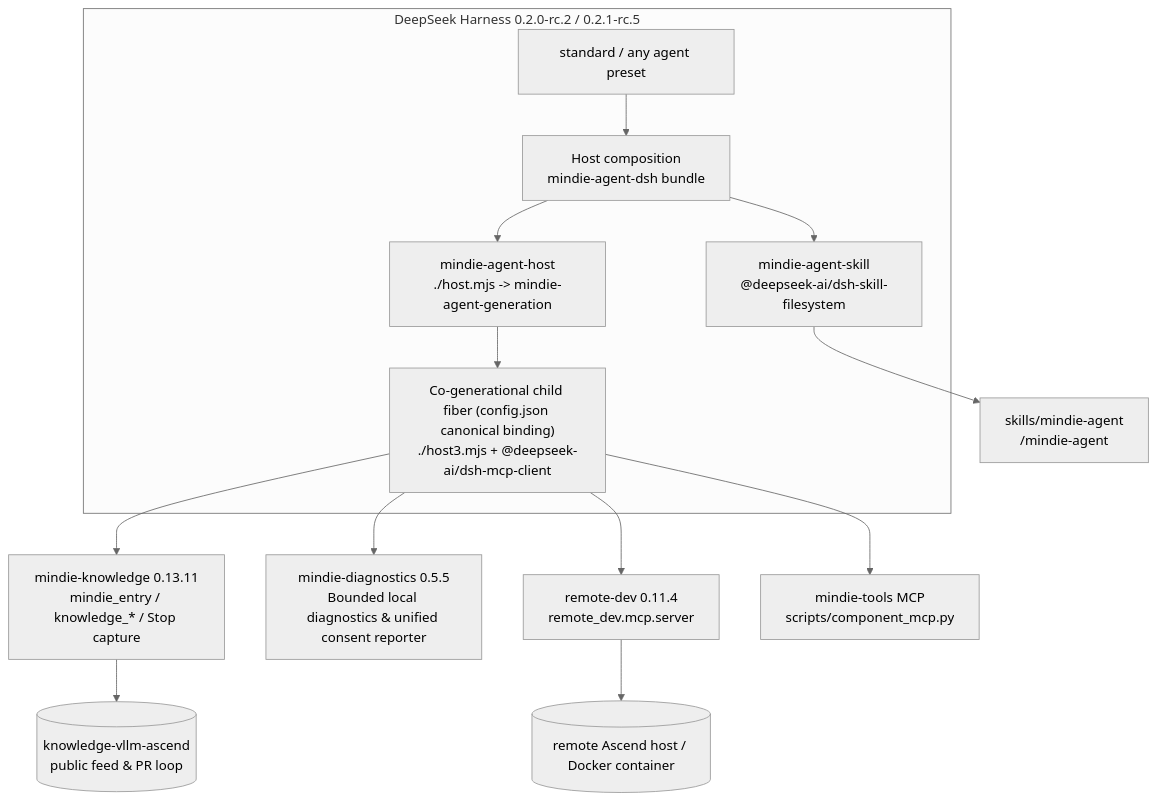
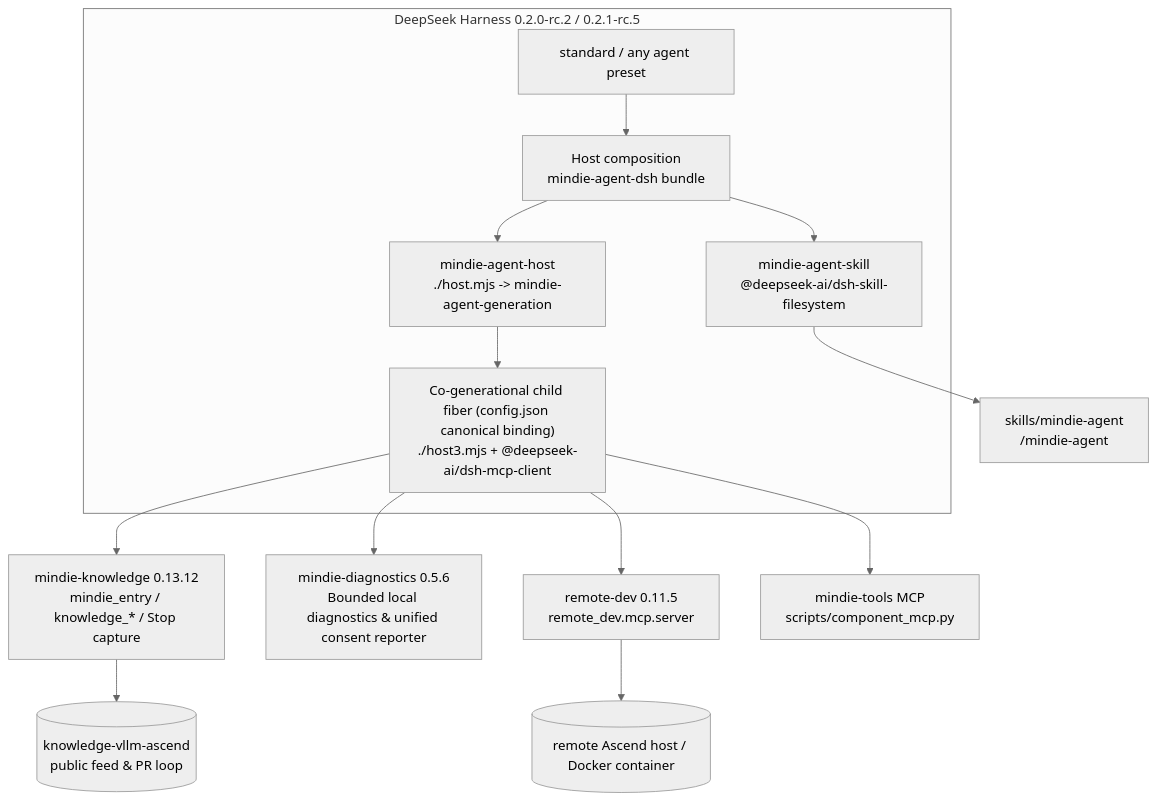
Before and after one commit to mindie-agent/mindie-agent-dsh: the diagram in README.en.md, drawn with Mermaid (neutral theme). The commit also changed other lines of this file and 19 other files, not shown here.

````diff
--- a/README.en.md
+++ b/README.en.md
@@ -133,21 +133,21 @@
 ```mermaid
 flowchart TB
   subgraph DSH["DeepSeek Harness 0.2.0-rc.2 / 0.2.1-rc.5"]
     HOST["Host composition<br/>mindie-agent-dsh bundle"]
     STD["standard / any agent preset"]
     SKILL["mindie-agent-skill<br/>@deepseek-ai/dsh-skill-filesystem"]
     HPLUG["mindie-agent-host<br/>./host.mjs -> mindie-agent-generation"]
     GEN["Co-generational child fiber (config.json canonical binding)<br/>./host3.mjs + @deepseek-ai/dsh-mcp-client"]
     STD --> HOST
     HOST --> SKILL
     HOST --> HPLUG
     HPLUG --> GEN
   end
   SKILL --> SK["skills/mindie-agent<br/>/mindie-agent"]
-  GEN --> KS["mindie-knowledge 0.13.11<br/>mindie_entry / knowledge_* / Stop capture"]
-  GEN --> DIAG["mindie-diagnostics 0.5.5<br/>Bounded local diagnostics & unified consent reporter"]
+  GEN --> KS["mindie-knowledge 0.13.12<br/>mindie_entry / knowledge_* / Stop capture"]
+  GEN --> DIAG["mindie-diagnostics 0.5.6<br/>Bounded local diagnostics & unified consent reporter"]
   KS --> FEED[("knowledge-vllm-ascend<br/>public feed & PR loop")]
-  GEN --> RD["remote-dev 0.11.4<br/>remote_dev.mcp.server"]
+  GEN --> RD["remote-dev 0.11.5<br/>remote_dev.mcp.server"]
   GEN --> MT["mindie-tools MCP<br/>scripts/component_mcp.py"]
   RD --> NPU[("remote Ascend host / Docker container")]
 ```
````
